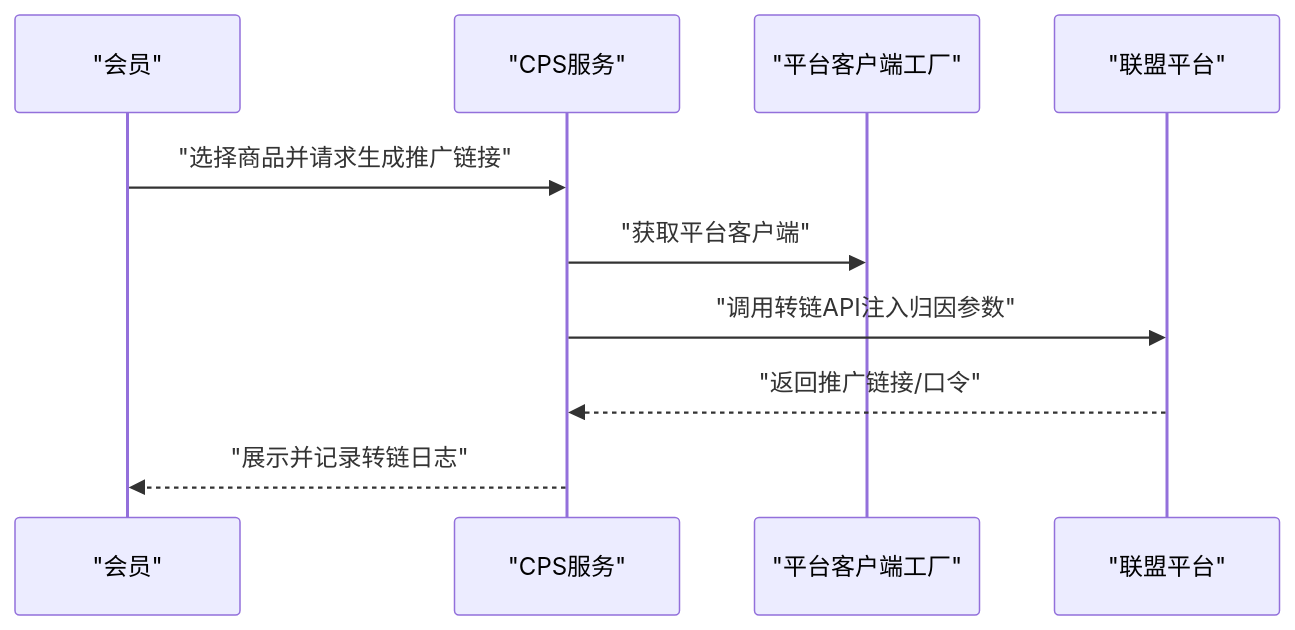
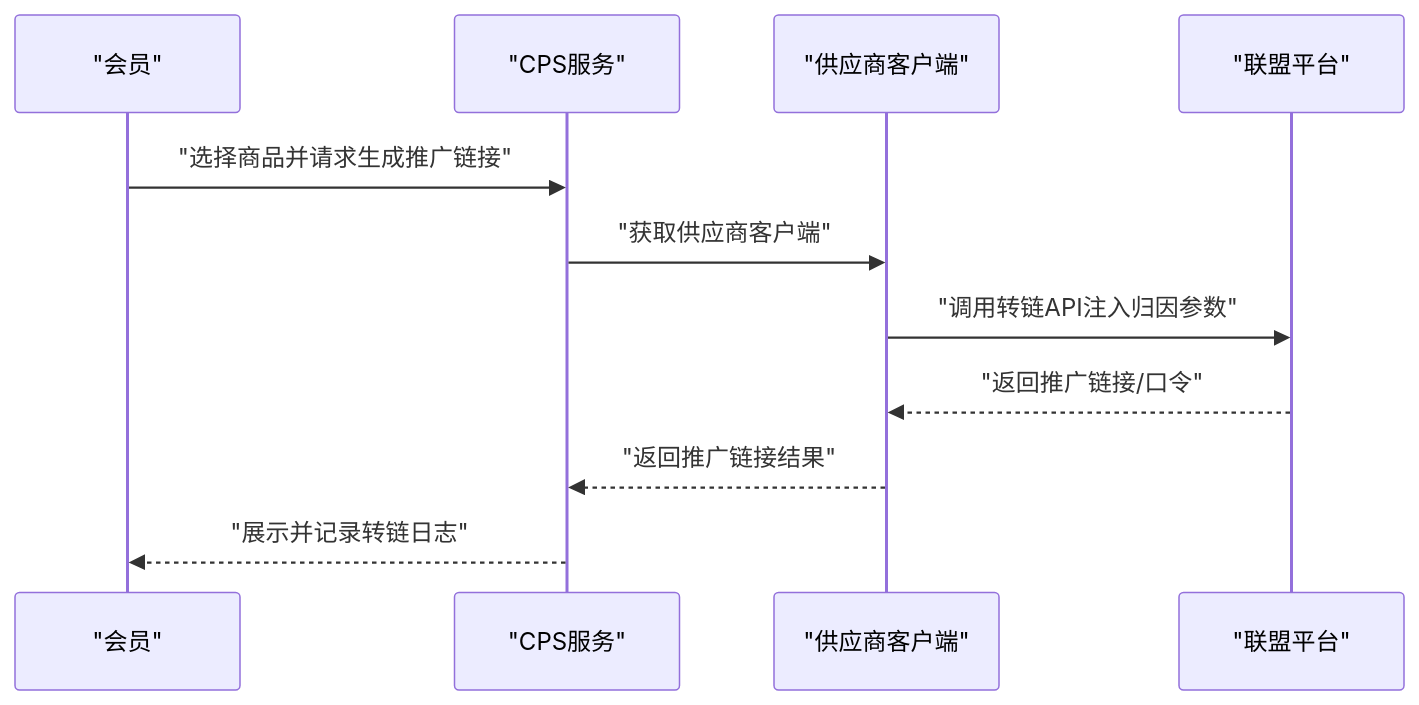
Before and after one commit to zhuangpengLI/AgenticCPS: the fifth of 11 diagrams in .qoder/repowiki/zh/content/后端服务架构/业务模块概览/CPS业务模块/CPS业务概述.md, drawn with Mermaid. The commit also changed other lines of this file and 9 other files, not shown here.

````diff
--- a/.qoder/repowiki/zh/content/后端服务架构/业务模块概览/CPS业务模块/CPS业务概述.md
+++ b/.qoder/repowiki/zh/content/后端服务架构/业务模块概览/CPS业务模块/CPS业务概述.md
@@ -212,12 +253,13 @@
 ```mermaid
 sequenceDiagram
 participant U as "会员"
 participant SVC as "CPS服务"
-participant CLI as "平台客户端工厂"
+participant VENDOR as "供应商客户端"
 participant PLAT as "联盟平台"
 U->>SVC : "选择商品并请求生成推广链接"
-SVC->>CLI : "获取平台客户端"
-SVC->>PLAT : "调用转链API注入归因参数"
-PLAT-->>SVC : "返回推广链接/口令"
+SVC->>VENDOR : "获取供应商客户端"
+VENDOR->>PLAT : "调用转链API注入归因参数"
+PLAT-->>VENDOR : "返回推广链接/口令"
+VENDOR-->>SVC : "返回推广链接结果"
 SVC-->>U : "展示并记录转链日志"
 ```
````
